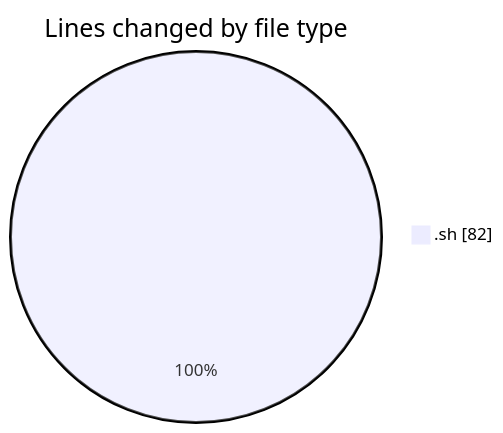
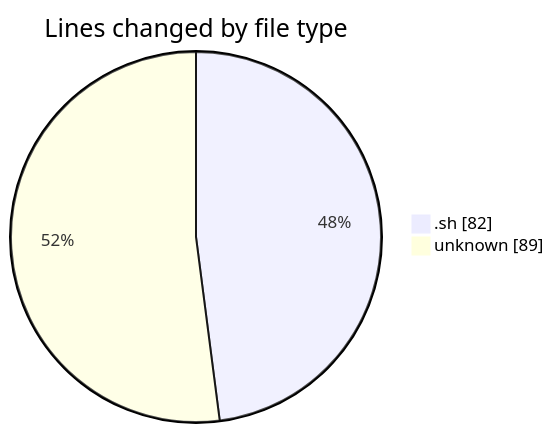
One commit to ricardozamudiocil/code-tracking changed the first of 2 diagrams in 2026-04-08/scripts/README.md. Above: the diagram before and after it, drawn with Mermaid. The commit also changed other lines of this file and 1 other file, not shown here.

````diff
--- a/2026-04-08/scripts/README.md
+++ b/2026-04-08/scripts/README.md
@@ -20,5 +21,6 @@
 ```mermaid
 pie showData
 title Lines changed by file type
 ".sh" : 82
+"unknown" : 89
 ```
````
